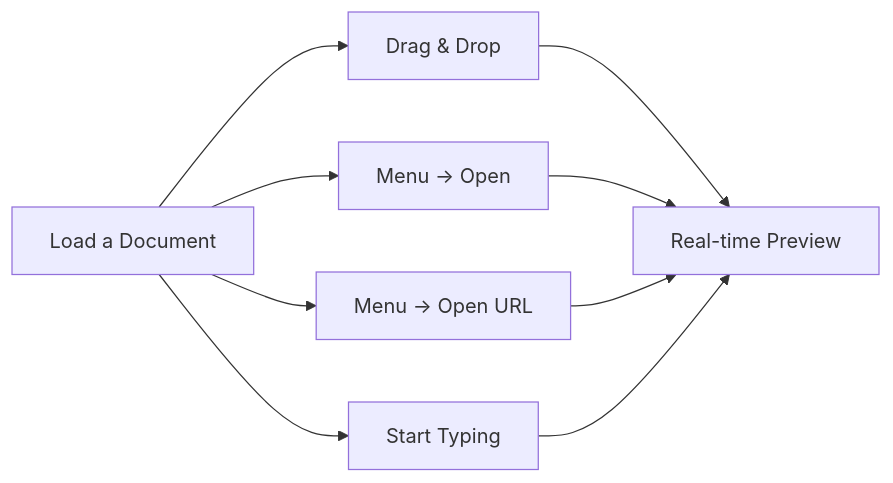
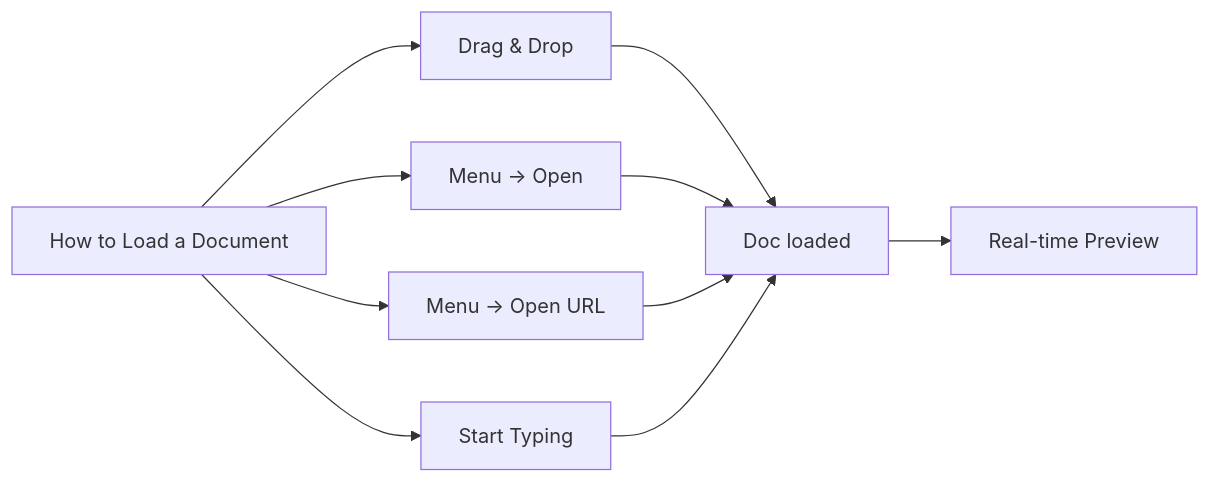
One commit to mickdarling/merview changed the second of 6 diagrams in docs/welcome.md. Above: the diagram before and after it, drawn with Mermaid.

Commit message:
docs: Update Load a Document diagram with better flow

````diff
--- a/docs/welcome.md
+++ b/docs/welcome.md
@@ -53,11 +53,12 @@
 ```mermaid
 graph LR
-    A[Load a Document] --> B[Drag & Drop]
+    A[How to Load a Document] --> B[Drag & Drop]
     A --> C[Menu → Open]
     A --> D[Menu → Open URL]
     A --> E[Start Typing]
-    B --> F[Real-time Preview]
+    B --> F[Doc loaded]
     C --> F
     D --> F
     E --> F
+    F --> G[Real-time Preview]
 ```
````
